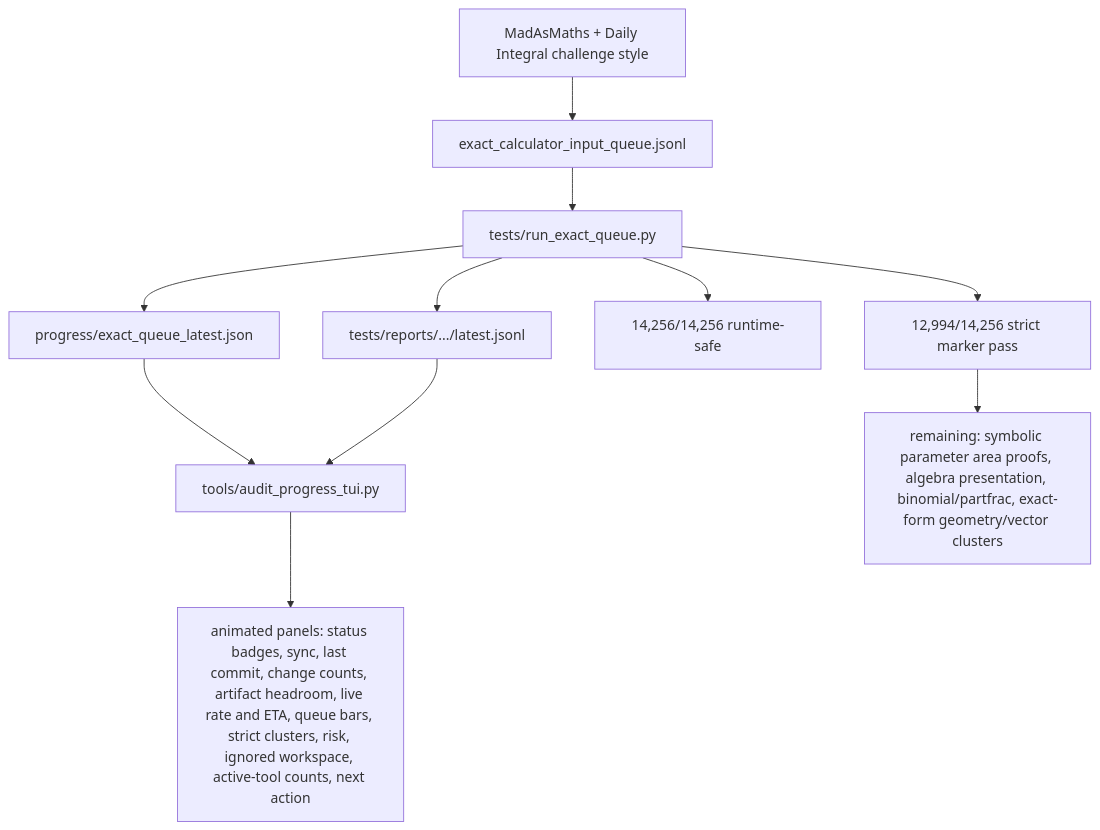
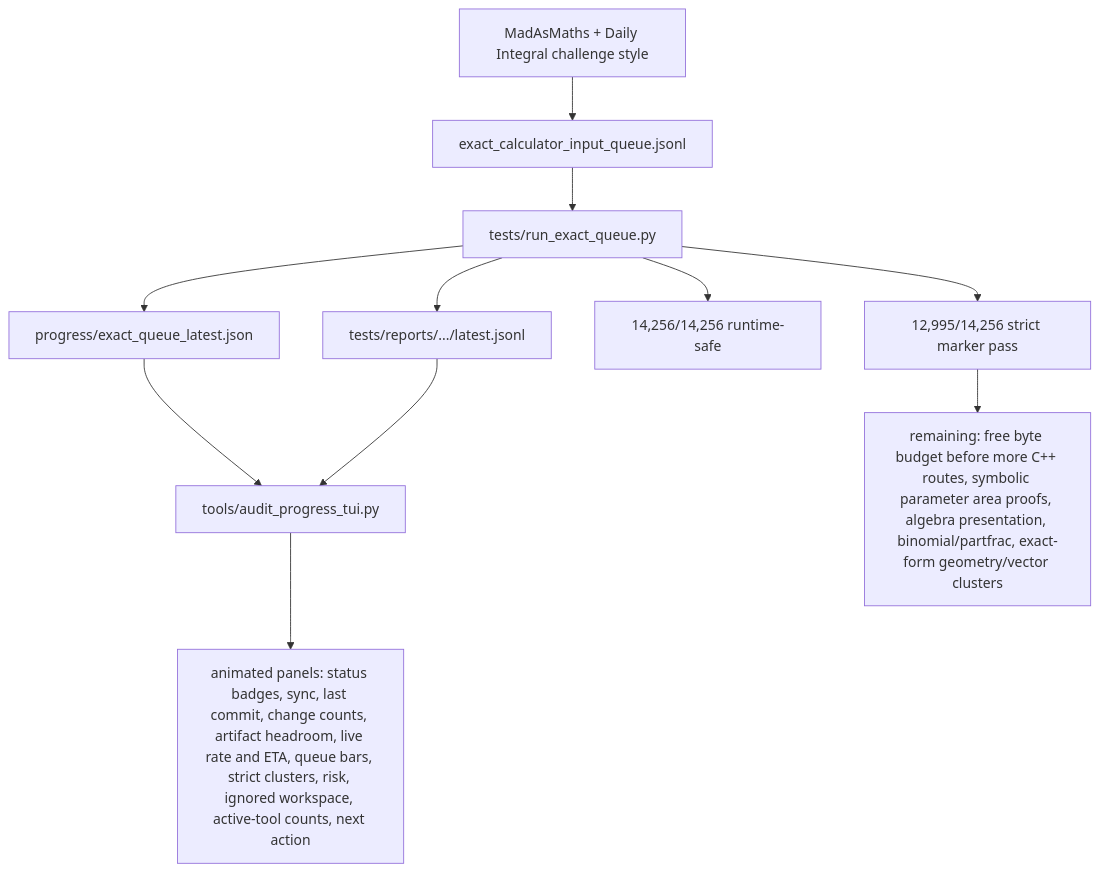
Before and after one commit to james8464/notes-addin-casio-fx-cg50: the fifth of 6 diagrams in docs/GRAPH.md, drawn with Mermaid. The commit also changed other lines of this file and 3 other files, not shown here.

````diff
--- a/docs/GRAPH.md
+++ b/docs/GRAPH.md
@@ -60,13 +60,13 @@
 ```mermaid
 graph TD
   Online["MadAsMaths + Daily Integral challenge style"] --> Queue["exact_calculator_input_queue.jsonl"]
   Queue --> Runner["tests/run_exact_queue.py"]
   Runner --> Live["progress/exact_queue_latest.json"]
   Runner --> Report["tests/reports/.../latest.jsonl"]
   Live --> TUI["tools/audit_progress_tui.py"]
   Report --> TUI
   TUI --> Panels["animated panels: status badges, sync, last commit, change counts, artifact headroom, live rate and ETA, queue bars, strict clusters, risk, ignored workspace, active-tool counts, next action"]
   Runner --> Runtime["14,256/14,256 runtime-safe"]
-  Runner --> Strict["12,994/14,256 strict marker pass"]
-  Strict --> Remaining["remaining: symbolic parameter area proofs, algebra presentation, binomial/partfrac, exact-form geometry/vector clusters"]
+  Runner --> Strict["12,995/14,256 strict marker pass"]
+  Strict --> Remaining["remaining: free byte budget before more C++ routes, symbolic parameter area proofs, algebra presentation, binomial/partfrac, exact-form geometry/vector clusters"]
 ```
````
